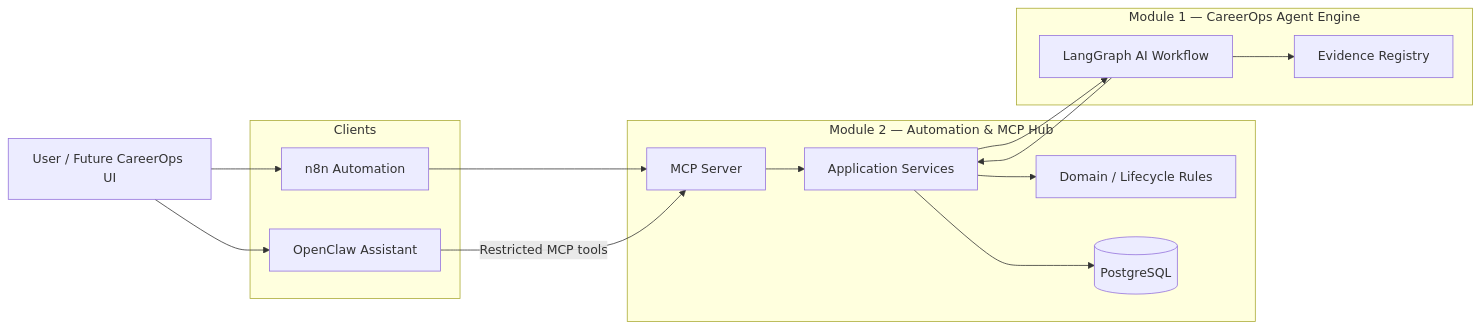
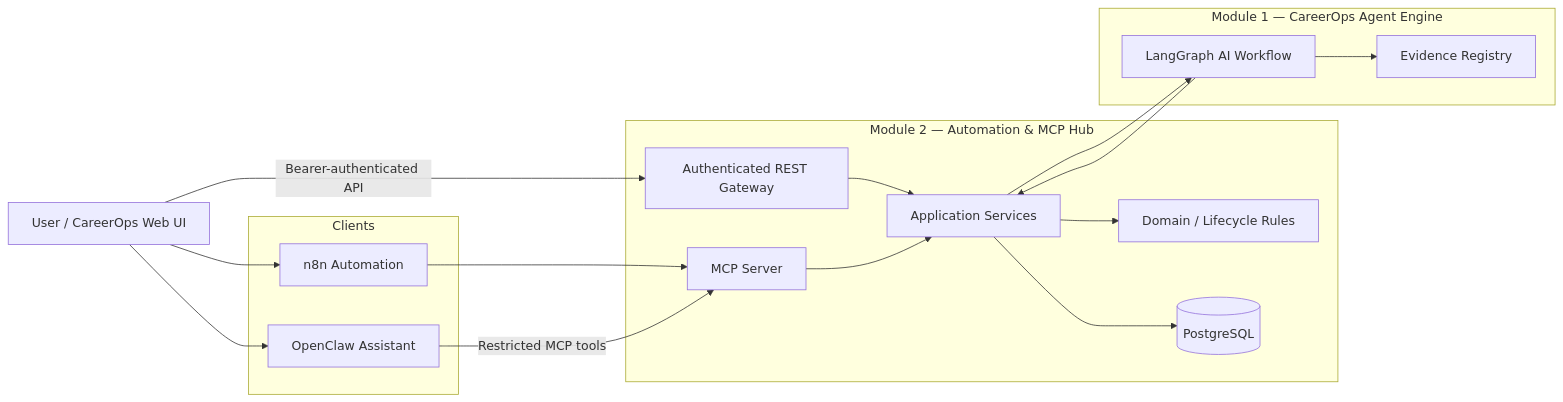
The diagram in README.md (ha7n23/careerops-automation-mcp-hub), drawn with Mermaid before and after one commit. The commit also changed other lines of this file and 4 other files, not shown here.

````diff
--- a/README.md
+++ b/README.md
@@ -28,35 +35,38 @@
 ```mermaid
 flowchart LR
-    U[User / Future CareerOps UI]
+    U[User / CareerOps Web UI]
 
     subgraph Clients
         N[n8n Automation]
         O[OpenClaw Assistant]
     end
 
     subgraph Module2["Module 2 — Automation & MCP Hub"]
+        H[Authenticated REST Gateway]
         M[MCP Server]
         A[Application Services]
         D[Domain / Lifecycle Rules]
         P[(PostgreSQL)]
     end
 
     subgraph Module1["Module 1 — CareerOps Agent Engine"]
         E[LangGraph AI Workflow]
         R[Evidence Registry]
     end
 
+    U -->|Bearer-authenticated API| H
+    H --> A
     U --> N
     U --> O
 
     N --> M
     O -->|Restricted MCP tools| M
 
     M --> A
     A --> D
     A --> P
     A --> E
 
     E --> R
     E --> A
 ```
````
